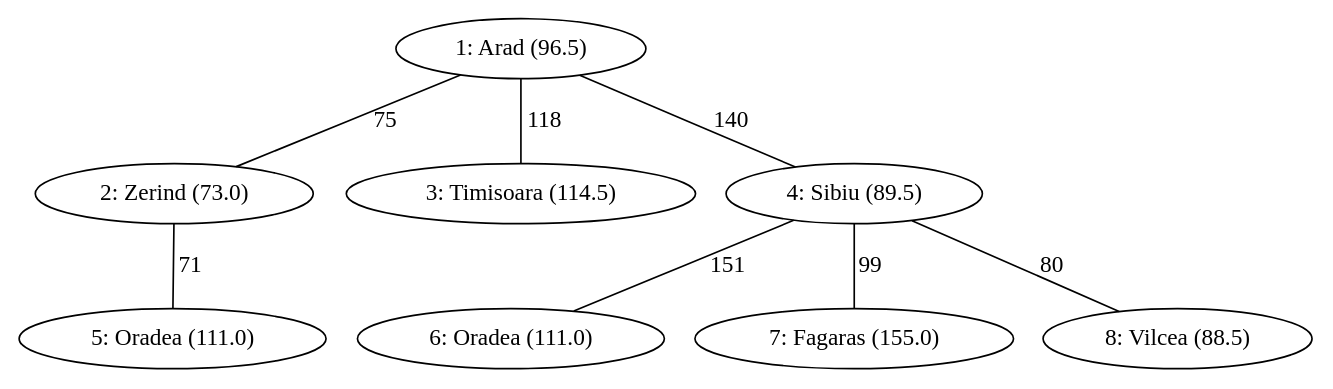
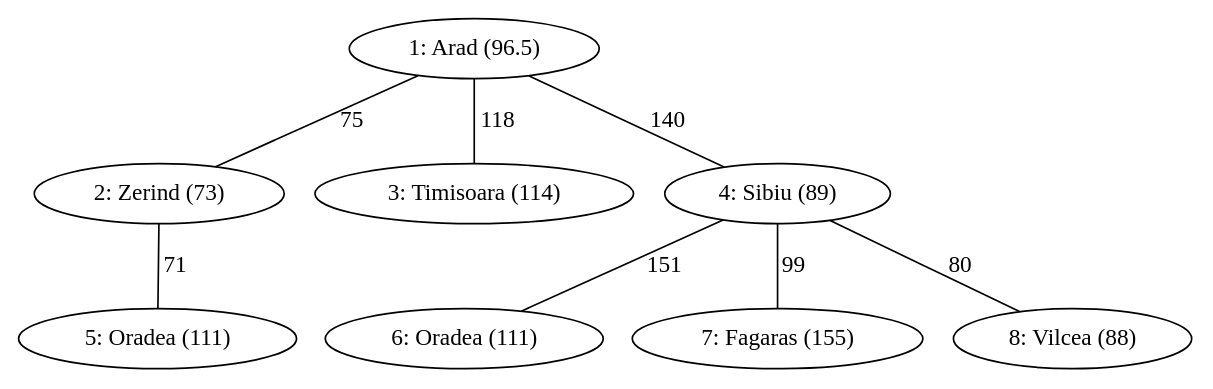
The diagram in trabalho2/teste_arvore.gv (thiago9864/inteligencia_artificial), drawn with Graphviz before and after one commit. The commit also changed 9 other files, not shown here.

```diff
--- a/trabalho2/teste_arvore.gv
+++ b/trabalho2/teste_arvore.gv
@@ -1,9 +1,9 @@
 graph {
-   "1: Arad (96.5)"--"2: Zerind (73.0)" [label=75]
-   "1: Arad (96.5)"--"3: Timisoara (114.5)" [label=118]
-   "1: Arad (96.5)"--"4: Sibiu (89.5)" [label=140]
-   "2: Zerind (73.0)"--"5: Oradea (111.0)" [label=71]
-   "4: Sibiu (89.5)"--"6: Oradea (111.0)" [label=151]
-   "4: Sibiu (89.5)"--"7: Fagaras (155.0)" [label=99]
-   "4: Sibiu (89.5)"--"8: Vilcea (88.5)" [label=80]
+   "1: Arad (96.5)"--"2: Zerind (73)" [label=75]
+   "1: Arad (96.5)"--"3: Timisoara (114)" [label=118]
+   "1: Arad (96.5)"--"4: Sibiu (89)" [label=140]
+   "2: Zerind (73)"--"5: Oradea (111)" [label=71]
+   "4: Sibiu (89)"--"6: Oradea (111)" [label=151]
+   "4: Sibiu (89)"--"7: Fagaras (155)" [label=99]
+   "4: Sibiu (89)"--"8: Vilcea (88)" [label=80]
 }
```
